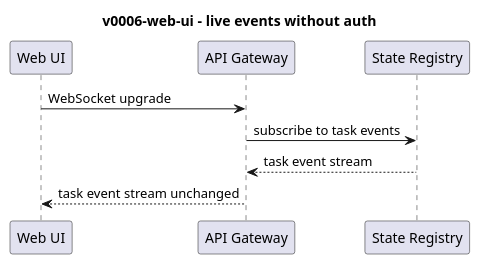
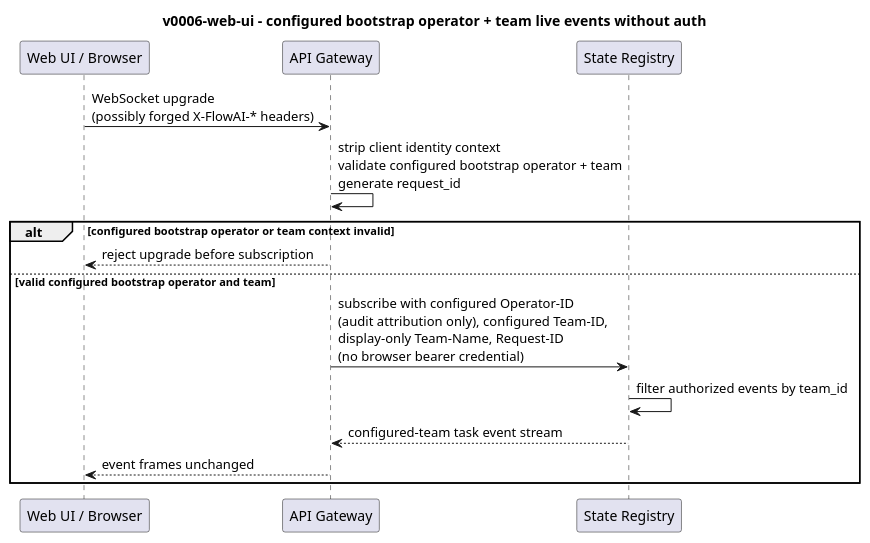
Before and after one commit to pandops/flowai: the diagram in openspec/changes/v0006-web-ui/specs/diagrams/03-live-events-no-auth.puml, drawn with PlantUML. The commit also changed other lines of this file and 2 other files, not shown here.

Commit message:
docs(web-ui): document gateway and event flows
Ultraworked with [Sisyphus](https://github.com/code-yeongyu/oh-my-openagent)

```diff
--- a/openspec/changes/v0006-web-ui/specs/diagrams/03-live-events-no-auth.puml
+++ b/openspec/changes/v0006-web-ui/specs/diagrams/03-live-events-no-auth.puml
@@ -1,13 +2,19 @@
 @startuml
-title v0006-web-ui - live events without auth
+title v0006-web-ui - configured bootstrap operator + team live events without auth
 
-participant "Web UI" as UI
+participant "Web UI / Browser" as UI
 participant "API Gateway" as GW
 participant "State Registry" as State
 
-UI -> GW : WebSocket upgrade
-GW -> State : subscribe to task events
-State --> GW : task event stream
-GW --> UI : task event stream unchanged
+UI -> GW : WebSocket upgrade\n(possibly forged X-FlowAI-* headers)
+GW -> GW : strip client identity context\nvalidate configured bootstrap operator + team\ngenerate request_id
+alt configured bootstrap operator or team context invalid
+  GW --> UI : reject upgrade before subscription
+else valid configured bootstrap operator and team
+  GW -> State : subscribe with configured Operator-ID\n(audit attribution only), configured Team-ID,\ndisplay-only Team-Name, Request-ID\n(no browser bearer credential)
+  State -> State : filter authorized events by team_id
+  State --> GW : configured-team task event stream
+  GW --> UI : event frames unchanged
+end
 
 @enduml
```
